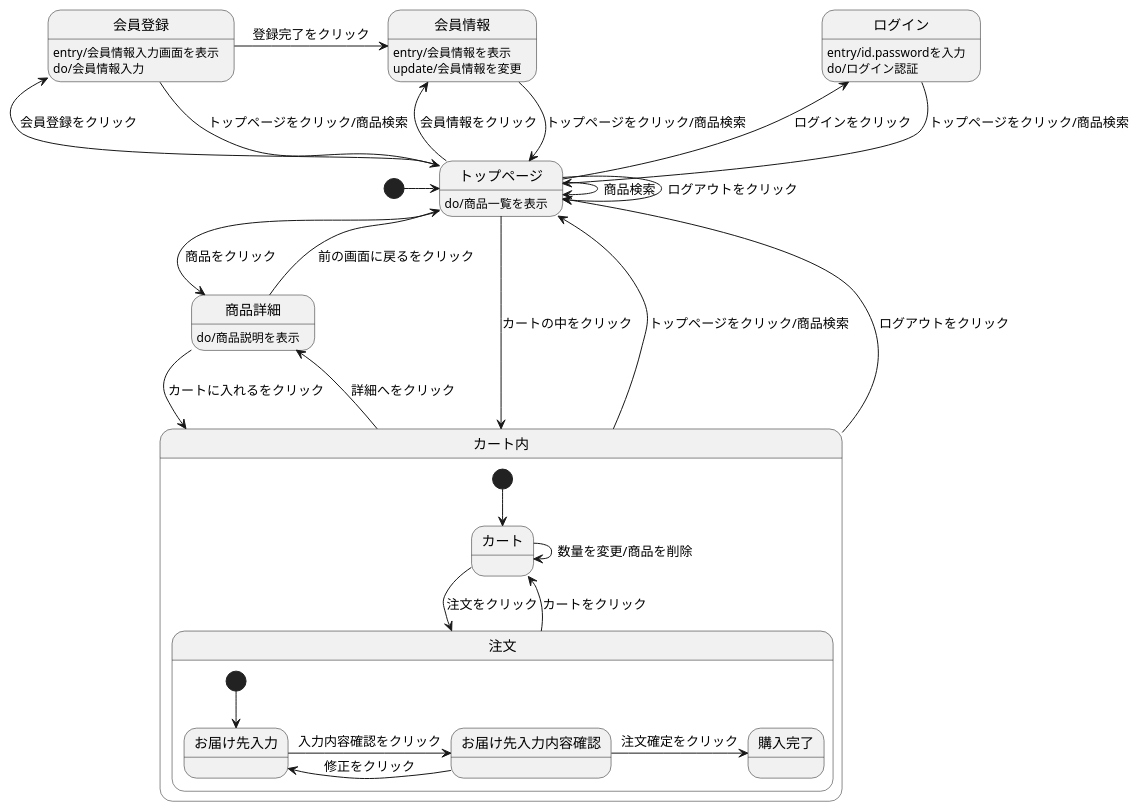
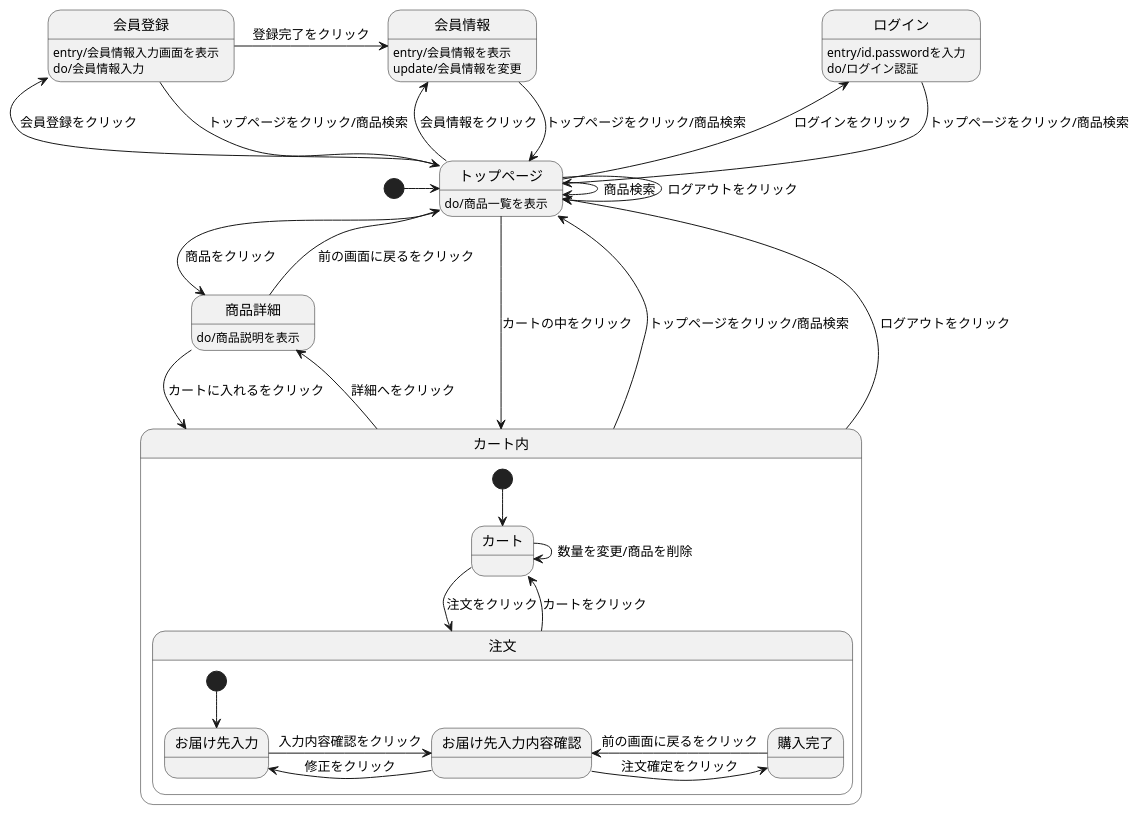
The diagram in shopping1.md (Aso2001027/2021sys-design), drawn with PlantUML before and after one commit.

````diff
--- a/shopping1.md
+++ b/shopping1.md
@@ -1,42 +1,43 @@
 ```uml
 @startuml
 [*] -> トップページ
 会員情報 --> トップページ : トップページをクリック/商品検索
 ログイン --> トップページ : トップページをクリック/商品検索
 ログイン : entry/id.passwordを入力
 ログイン : do/ログイン認証
 会員登録 -> 会員情報 : 登録完了をクリック
 会員登録 --> トップページ : トップページをクリック/商品検索
 会員登録 : entry/会員情報入力画面を表示
 会員登録 : do/会員情報入力
 トップページ -left-> 会員情報 : 会員情報をクリック
 会員情報 : entry/会員情報を表示
 会員情報 : update/会員情報を変更
 トップページ --> トップページ : ログアウトをクリック
 トップページ -> トップページ : 商品検索
 トップページ -> 商品詳細 : 商品をクリック
 トップページ -left-> 会員登録 : 会員登録をクリック
 トップページ -left-> ログイン : ログインをクリック
 トップページ --> カート内 : カートの中をクリック
 トップページ : do/商品一覧を表示
 商品詳細 --> カート内 : カートに入れるをクリック
 商品詳細 --> トップページ : 前の画面に戻るをクリック
 商品詳細 : do/商品説明を表示
 カート内 -up-> トップページ : トップページをクリック/商品検索
 カート内 -up-> トップページ : ログアウトをクリック
 カート内 -> 商品詳細 : 詳細へをクリック
 
 state カート内{
 [*] --> カート
 カート -> 注文 : 注文をクリック
 カート -> カート : 数量を変更/商品を削除
 注文 --> カート : カートをクリック
 state 注文 {
 [*] --> お届け先入力
 お届け先入力 -> お届け先入力内容確認 : 入力内容確認をクリック
 お届け先入力内容確認 -> お届け先入力 : 修正をクリック
 お届け先入力内容確認 -> 購入完了 : 注文確定をクリック
+購入完了 -> お届け先入力内容確認 : 前の画面に戻るをクリック
   }
 }
 @enduml
 ```
````
